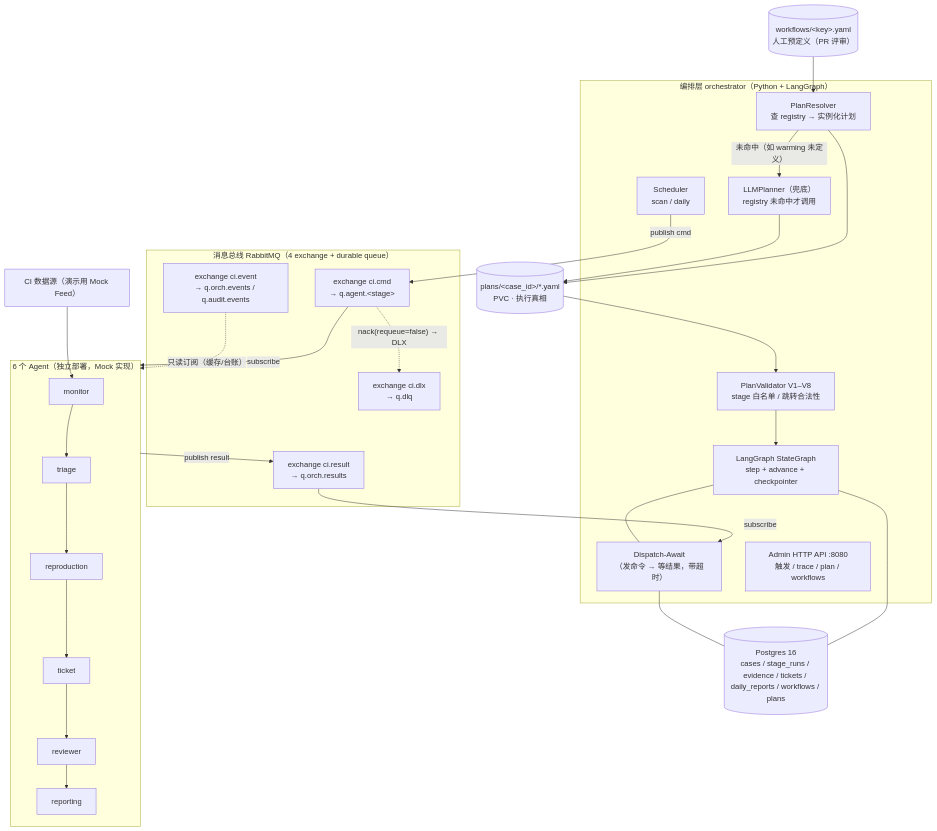
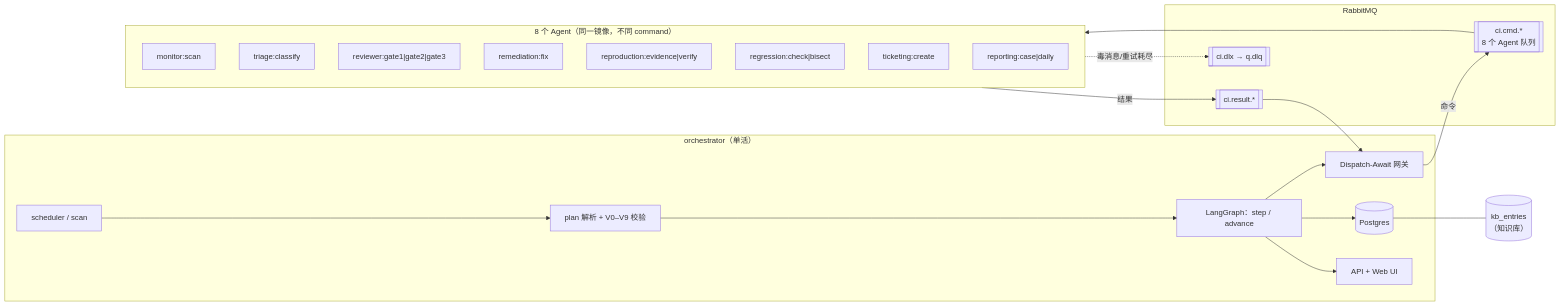
Before and after one commit to IQE-SUZHOU/iqe-agent-orchestrator: the first of 4 diagrams in docs/architecture/01-架构总览.md, drawn with Mermaid. The commit also changed other lines of this file and 10 other files, not shown here.

````diff
--- a/docs/architecture/01-架构总览.md
+++ b/docs/architecture/01-架构总览.md
@@ -5,48 +5,31 @@
 ```mermaid
-flowchart TB
-  SRC["CI 数据源（演示用 Mock Feed）"]
-
-  subgraph BUS["消息总线 RabbitMQ（4 exchange + durable queue）"]
-    CMD["exchange ci.cmd<br/>→ q.agent.&lt;stage&gt;"]
-    RES["exchange ci.result<br/>→ q.orch.results"]
-    EVT["exchange ci.event<br/>→ q.orch.events / q.audit.events"]
-    DLQ["exchange ci.dlx<br/>→ q.dlq"]
+flowchart LR
+  subgraph ORCH["orchestrator（单活）"]
+    S["scheduler / scan"] --> P["plan 解析 + V0–V9 校验"]
+    P --> G["LangGraph：step / advance"]
+    G --> W["Dispatch-Await 网关"]
+    G --> DB[(Postgres)]
+    G --> UI["API + Web UI"]
   end
-
-  subgraph ORCH["编排层 orchestrator（Python + LangGraph）"]
-    O1["Scheduler<br/>scan / daily"]
-    O5["PlanResolver<br/>查 registry → 实例化计划"]
-    O6["LLMPlanner（兜底）<br/>registry 未命中才调用"]
-    OV["PlanValidator V1–V8<br/>stage 白名单 / 跳转合法性"]
-    O2["LangGraph StateGraph<br/>step + advance + checkpointer"]
-    O3["Dispatch-Await<br/>（发命令 → 等结果，带超时）"]
-    O4["Admin HTTP API :8080<br/>触发 / trace / plan / workflows"]
+  subgraph MQ["RabbitMQ"]
+    CMD[["ci.cmd.*<br/>8 个 Agent 队列"]]
+    RES[["ci.result.*"]]
+    DLQ[["ci.dlx → q.dlq"]]
   end
-
-  WF[("workflows/&lt;key&gt;.yaml<br/>人工预定义（PR 评审）")]
-  PL[("plans/&lt;case_id&gt;/*.yaml<br/>PVC · 执行真相")]
-
-  subgraph AG["6 个 Agent（独立部署，Mock 实现）"]
-    A1["monitor"] --> A2["triage"]
-    A2 --> A3["reproduction"] --> A4["ticket"] --> A5["reviewer"] --> A6["reporting"]
+  subgraph AG["8 个 Agent（同一镜像，不同 command）"]
+    A1["monitor:scan"]
+    A2["triage:classify"]
+    A3["reviewer:gate1|gate2|gate3"]
+    A4["remediation:fix"]
+    A5["reproduction:evidence|verify"]
+    A6["regression:check|bisect"]
+    A7["ticketing:create"]
+    A8["reporting:case|daily"]
   end
-
-  DB[("Postgres 16<br/>cases / stage_runs / evidence / tickets / daily_reports / workflows / plans")]
-
-  SRC --> A1
-  O1 -- "publish cmd" --> CMD
-  CMD -- "subscribe" --> AG
-  AG -- "publish result" --> RES
-  RES -- "subscribe" --> O3
-  O2 --- O3
-  O2 --- DB
-  O3 --- DB
-  WF --> O5
-  O5 -- "未命中（如 warming 未定义）" --> O6
-  O5 --> PL
-  O6 --> PL
-  PL --> OV
-  OV --> O2
-  EVT -. "只读订阅（缓存/台账）" .-> AG
-  CMD -. "nack(requeue=false) → DLX" .-> DLQ
+  W -->|命令| CMD
+  CMD --> AG
+  AG -->|结果| RES
+  RES --> W
+  AG -.->|毒消息/重试耗尽| DLQ
+  DB --- KB[("kb_entries<br/>（知识库）")]
 ```
````
